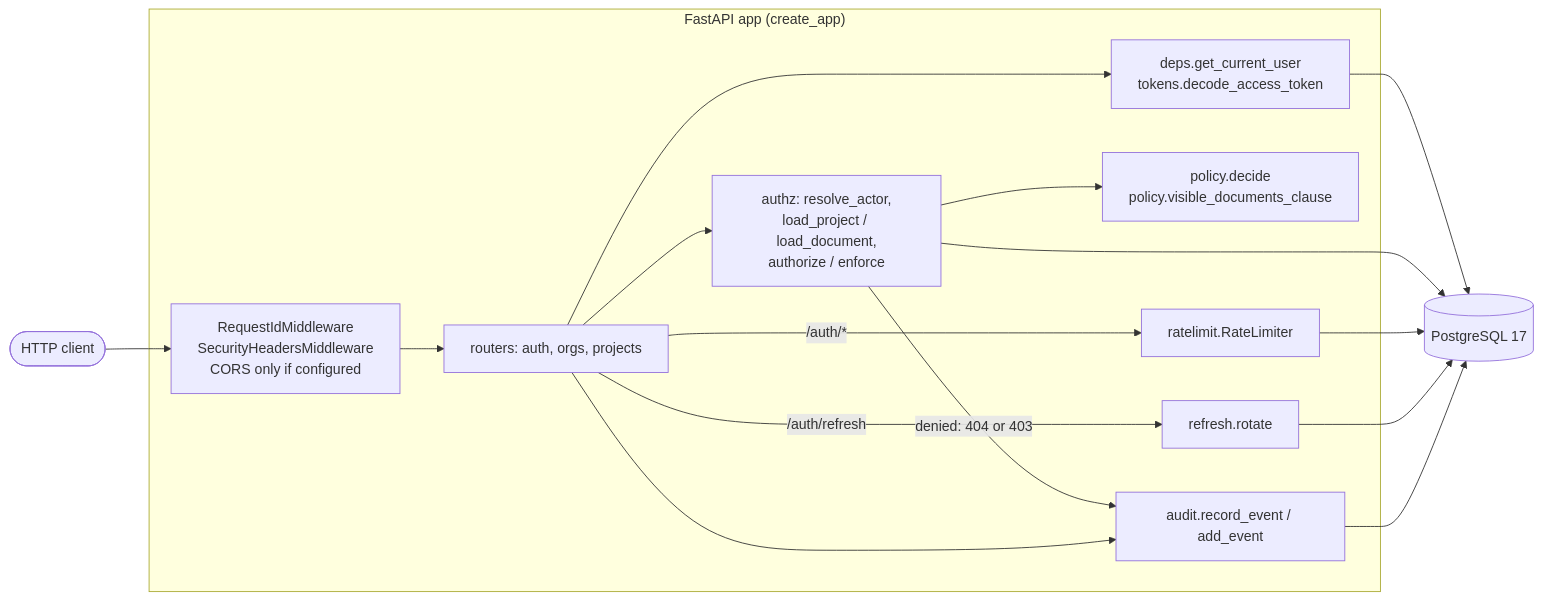
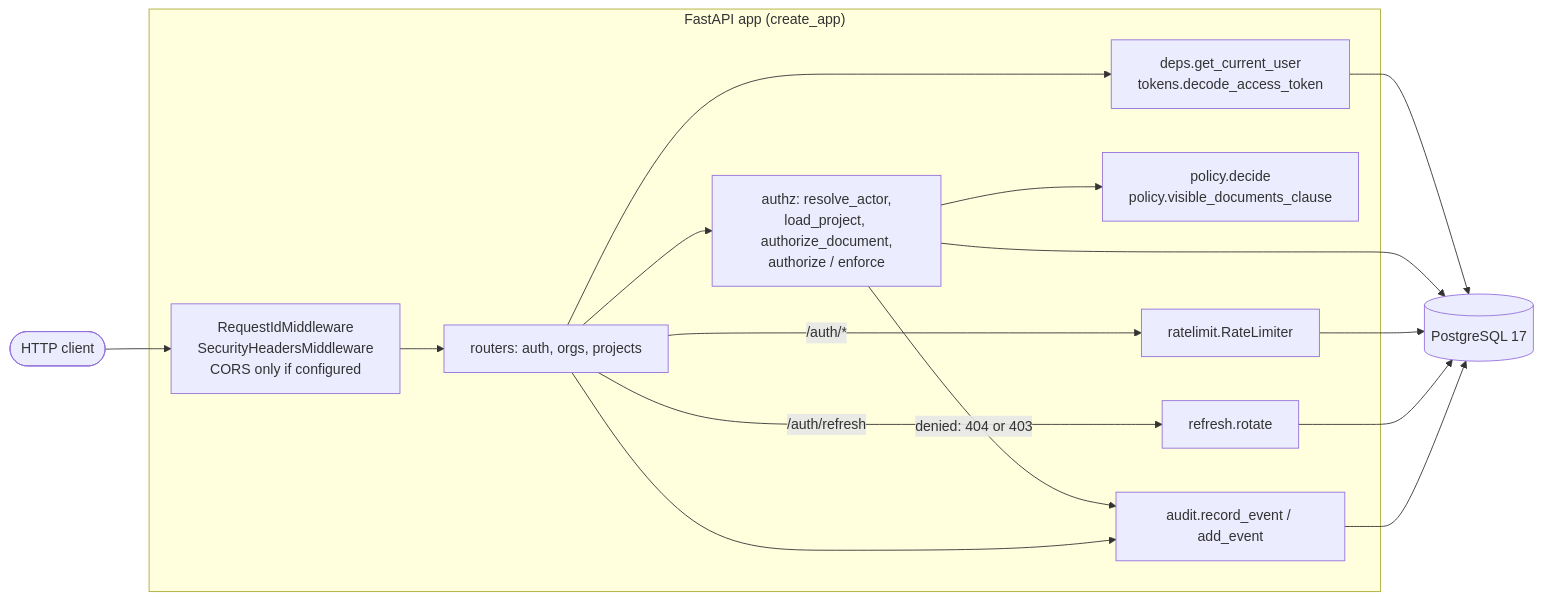
Before and after one commit to 0xrutabaga/apiguard: the diagram in README.md, drawn with Mermaid. The commit also changed other lines of this file and 4 other files, not shown here.

````diff
--- a/README.md
+++ b/README.md
@@ -47,28 +48,28 @@
 ```mermaid
 flowchart LR
     client([HTTP client])
     subgraph app["FastAPI app (create_app)"]
         mw["RequestIdMiddleware<br/>SecurityHeadersMiddleware<br/>CORS only if configured"]
         routes["routers: auth, orgs, projects"]
         user["deps.get_current_user<br/>tokens.decode_access_token"]
-        authz["authz: resolve_actor,<br/>load_project / load_document,<br/>authorize / enforce"]
+        authz["authz: resolve_actor,<br/>load_project, authorize_document,<br/>authorize / enforce"]
         policy["policy.decide<br/>policy.visible_documents_clause"]
         rl["ratelimit.RateLimiter"]
         refresh["refresh.rotate"]
         audit["audit.record_event / add_event"]
     end
     pg[("PostgreSQL 17")]
 
     client --> mw --> routes
     routes --> user
     routes --> authz --> policy
     routes -- "/auth/*" --> rl
     routes -- "/auth/refresh" --> refresh
     authz -- "denied: 404 or 403" --> audit
     routes --> audit
     user --> pg
     authz --> pg
     rl --> pg
     refresh --> pg
     audit --> pg
 ```
````
